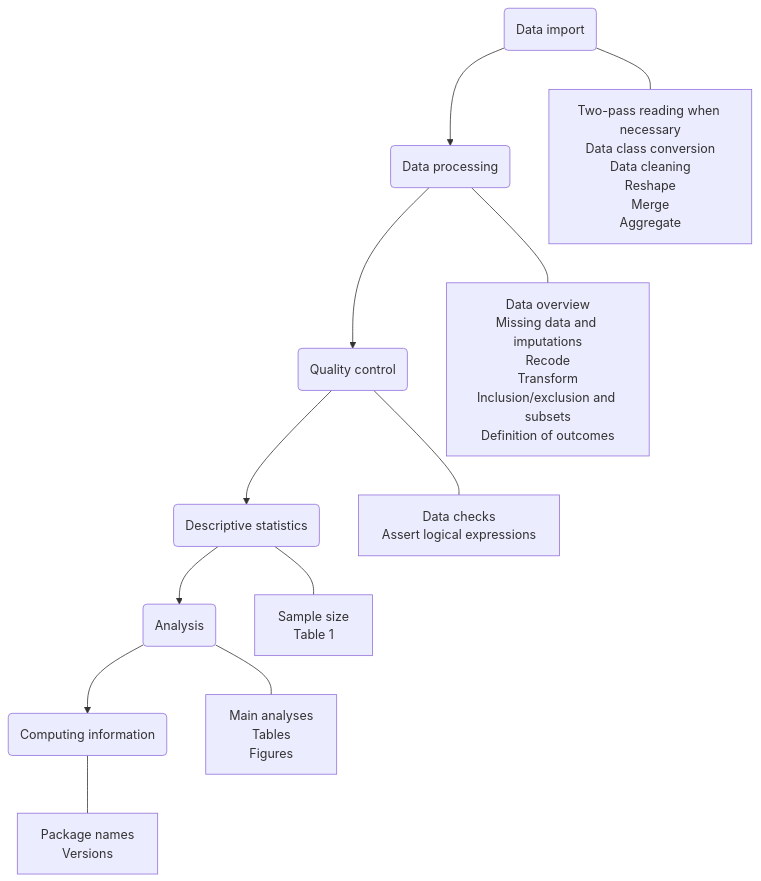
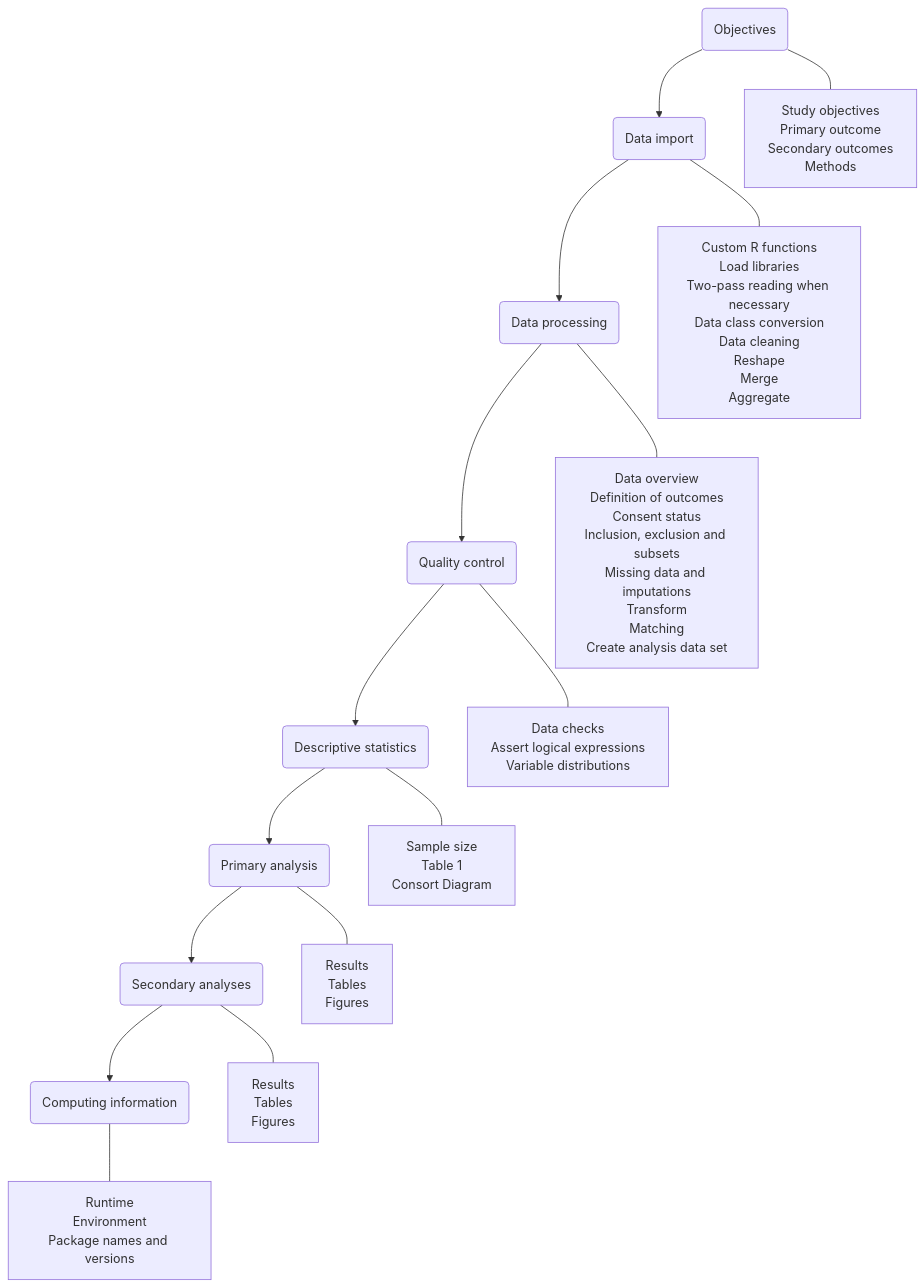
Before and after one commit to Swisstransplant/rcookbook: the diagram in R/rcookbook.qmd, drawn with Mermaid. The commit also changed other lines of this file and 2 other files, not shown here.

````diff
--- a/R/rcookbook.qmd
+++ b/R/rcookbook.qmd
@@ -63,15 +67,19 @@
 ```{mermaid}
 flowchart TB
-I(Data import) --> P(Data processing)
+O(Objectives) --> I(Data import)
+I --> P(Data processing)
 P --> Q(Quality control)
 Q --> D(Descriptive statistics)
-D --> A(Analysis)
-A --> C(Computing information)
-I --- IC[Two-pass reading when necessary<br>Data class conversion<br>Data cleaning<br>Reshape<br>Merge<br>Aggregate]
-P --- PC[Data overview<br>Missing data and imputations<br>Recode<br>Transform<br>Inclusion/exclusion and subsets<br>Definition of outcomes]
-Q --- QC[Data checks<br>Assert logical expressions]
-D --- DC[Sample size<br>Table 1]
-A --- AC[Main analyses<br>Tables<br>Figures]
-C --- CC[Package names<br>Versions]
+D --> A(Primary analysis)
+A --> S(Secondary analyses)
+S --> C(Computing information)
+O --- OC[Study objectives<br>Primary outcome<br>Secondary outcomes<br>Methods]
+I --- IC[Custom R functions<br>Load libraries<br>Two-pass reading when necessary<br>Data class conversion<br>Data cleaning<br>Reshape<br>Merge<br>Aggregate]
+P --- PC[Data overview<br>Definition of outcomes<br>Consent status<br>Inclusion, exclusion and subsets<br>Missing data and imputations<br>Transform<br>Matching<br>Create analysis data set]
+Q --- QC[Data checks<br>Assert logical expressions<br>Variable distributions]
+D --- DC[Sample size<br>Table 1<br>Consort Diagram]
+A --- AC[Results<br>Tables<br>Figures]
+S --- SC[Results<br>Tables<br>Figures]
+C --- CC[Runtime<br>Environment<br>Package names and versions]
 
 ```
````
